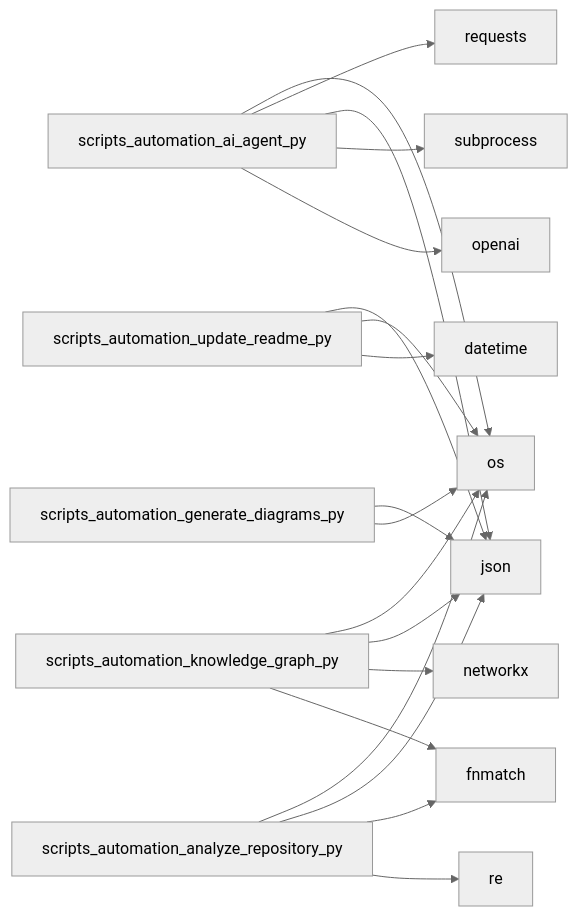
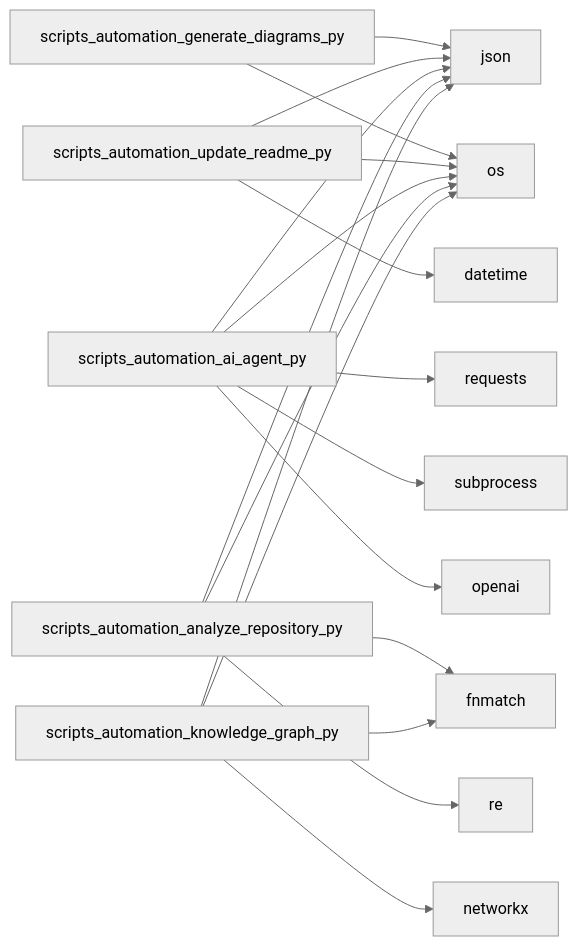
Before and after one commit to NITISH-R-G/FUTURE_DS_01: the second of 2 diagrams in README.md, drawn with Mermaid (neutral theme). The commit also changed other lines of this file and 3 other files, not shown here.

Commit message:
docs: auto-update repository state and diagrams [skip auto]

````diff
--- a/README.md
+++ b/README.md
@@ -39,21 +39,21 @@
 ```mermaid
 graph LR;
+    scripts_automation_generate_diagrams_py --> json;
+    scripts_automation_generate_diagrams_py --> os;
     scripts_automation_update_readme_py --> json;
     scripts_automation_update_readme_py --> os;
     scripts_automation_update_readme_py --> datetime;
     scripts_automation_ai_agent_py --> os;
     scripts_automation_ai_agent_py --> requests;
     scripts_automation_ai_agent_py --> json;
     scripts_automation_ai_agent_py --> subprocess;
     scripts_automation_ai_agent_py --> openai;
+    scripts_automation_analyze_repository_py --> os;
+    scripts_automation_analyze_repository_py --> json;
+    scripts_automation_analyze_repository_py --> fnmatch;
+    scripts_automation_analyze_repository_py --> re;
     scripts_automation_knowledge_graph_py --> os;
     scripts_automation_knowledge_graph_py --> json;
     scripts_automation_knowledge_graph_py --> networkx;
     scripts_automation_knowledge_graph_py --> fnmatch;
-    scripts_automation_analyze_repository_py --> os;
-    scripts_automation_analyze_repository_py --> json;
-    scripts_automation_analyze_repository_py --> fnmatch;
-    scripts_automation_analyze_repository_py --> re;
-    scripts_automation_generate_diagrams_py --> json;
-    scripts_automation_generate_diagrams_py --> os;
 ```
````
